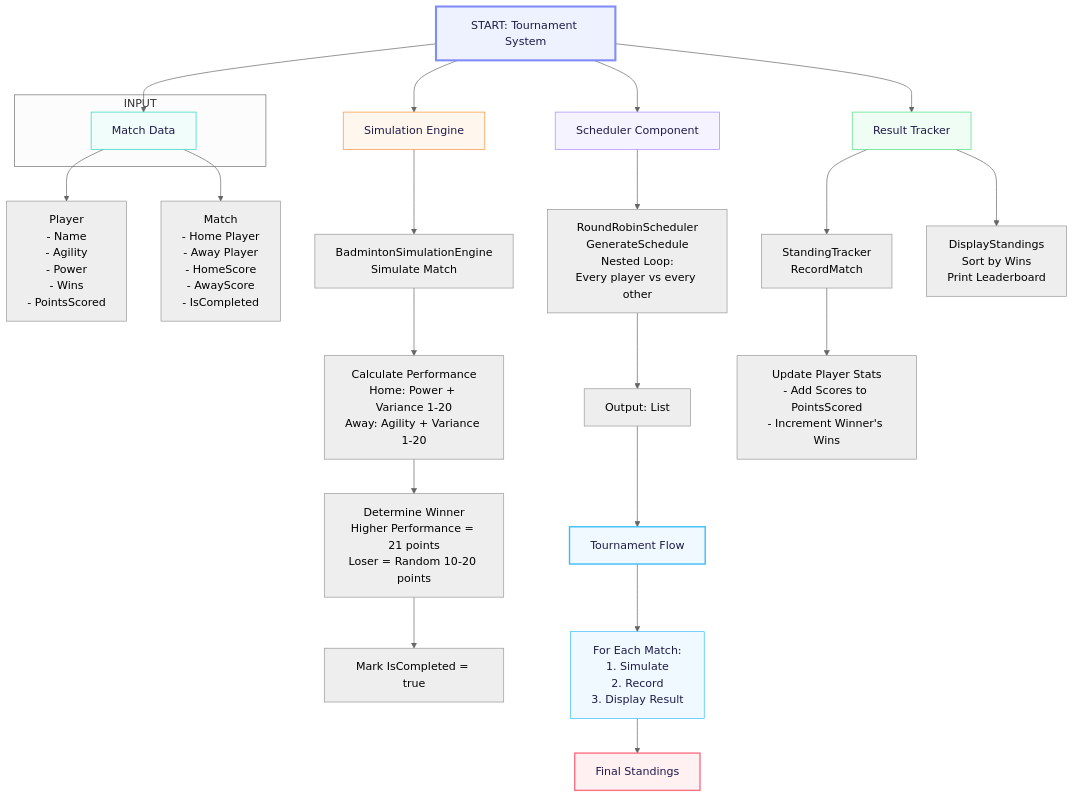
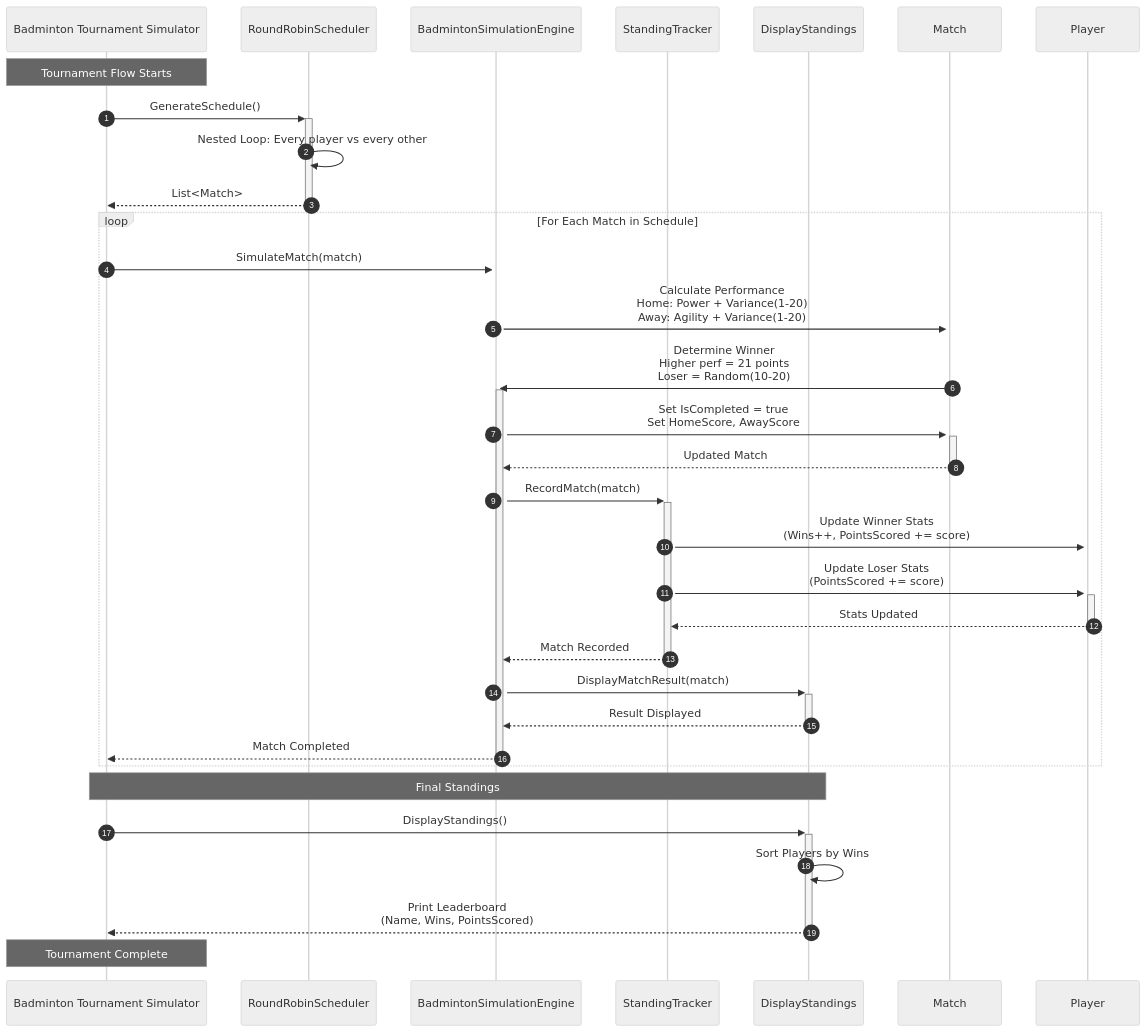
The diagram in README.md (BSCpE-2-Software-Design/Badminton-Tournament-Simulator), drawn with Mermaid (neutral theme) before and after one commit. The commit also changed other lines of this file, not shown here.

````diff
--- a/README.md
+++ b/README.md
@@ -2,70 +2,36 @@
 ```mermaid
----
-config:
-layout: elk
----
-graph TD
-A["Badminton Tournament Simulator"] --> B["Domain Models"]
-A --> C["Scheduler Component"]
-A --> D["Simulation Engine"]
-A --> E["Result Tracker"]
-A[START: Tournament System]
+sequenceDiagram
+    autonumber
+    participant BT as Badminton Tournament Simulator
+    participant Sched as RoundRobinScheduler
+    participant Eng as BadmintonSimulationEngine
+    participant Track as StandingTracker
+    participant Disp as DisplayStandings
+    participant Match as Match
+    participant Player as Player
 
-subgraph INPUT
-B[Player Data]
-B[Match Data]
-end
-B --> B1["Player
-- Name
-- Agility
-- Power
-- Wins
-- PointsScored"]
-B --> B2["Match
-- Home Player
-- Away Player
-- HomeScore
-- AwayScore
-- IsCompleted"]
-
-C --> C1["RoundRobinScheduler
-GenerateSchedule
-Nested Loop:
-Every player vs every other"]
-C1 --> C2["Output: List<Match>"]
-
-D --> D1["BadmintonSimulationEngine
-Simulate Match"]
-D1 --> D2["Calculate Performance
-Home: Power + Variance 1-20
-Away: Agility + Variance 1-20"]
-D2 --> D3["Determine Winner
-Higher Performance = 21 points
-Loser = Random 10-20 points"]
-D3 --> D4["Mark IsCompleted = true"]
-
-E --> E1["StandingTracker
-RecordMatch"]
-E1 --> E2["Update Player Stats
-- Add Scores to PointsScored
-- Increment Winner's Wins"]
-E --> E3["DisplayStandings
-Sort by Wins
-Print Leaderboard"]
-
-C2 --> F["Tournament Flow"]
-F --> G["For Each Match:
-1. Simulate
-2. Record
-3. Display Result"]
-G --> H["Final Standings"]
-
-style A stroke:#818cf8,fill:#eef2ff,color:#1e1b4b,stroke-width:3px
-style B stroke:#2dd4bf,fill:#f0fdfa,color:#1e1b4b
-style C stroke:#a78bfa,fill:#f5f3ff,color:#1e1b4b
-style D stroke:#fb923c,fill:#fff7ed,color:#1e1b4b
-style E stroke:#4ade80,fill:#f0fdf4,color:#1e1b4b
-style F stroke:#38bdf8,fill:#f0f9ff,color:#1e1b4b,stroke-width:2px
-style G stroke:#38bdf8,fill:#f0f9ff,color:#1e1b4b
-style H stroke:#fb7185,fill:#fff1f2,color:#1e1b4b,stroke-width:2px
+    Note over BT: Tournament Flow Starts
+    BT->>+Sched: GenerateSchedule()
+    Sched->>Sched: Nested Loop: Every player vs every other
+    Sched-->>-BT: List<Match>
+    loop For Each Match in Schedule
+        BT->>+Eng: SimulateMatch(match)
+        Eng->>+Match: Calculate Performance<br/>Home: Power + Variance(1-20)<br/>Away: Agility + Variance(1-20)
+        Match->>+Eng: Determine Winner<br/>Higher perf = 21 points<br/>Loser = Random(10-20)
+        Eng->>+Match: Set IsCompleted = true<br/>Set HomeScore, AwayScore
+        Match-->>-Eng: Updated Match
+        Eng->>+Track: RecordMatch(match)
+        Track->>+Player: Update Winner Stats<br/>(Wins++, PointsScored += score)
+        Track->>+Player: Update Loser Stats<br/>(PointsScored += score)
+        Player-->>-Track: Stats Updated
+        Track-->>-Eng: Match Recorded
+        Eng->>+Disp: DisplayMatchResult(match)
+        Disp-->>-Eng: Result Displayed
+        Eng-->>-BT: Match Completed
+    end
+    Note over BT,Disp: Final Standings
+    BT->>+Disp: DisplayStandings()
+    Disp->>Disp: Sort Players by Wins
+    Disp-->>-BT: Print Leaderboard<br/>(Name, Wins, PointsScored)
+    Note over BT: Tournament Complete
 ```
````
